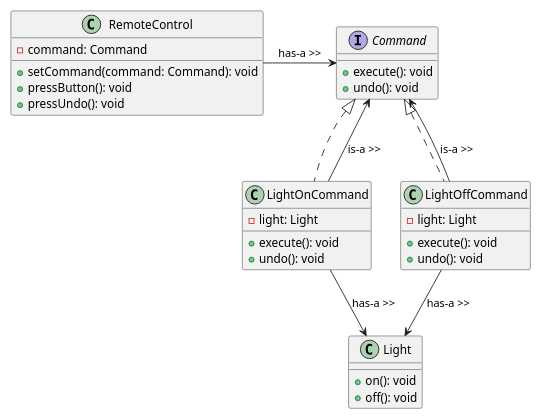
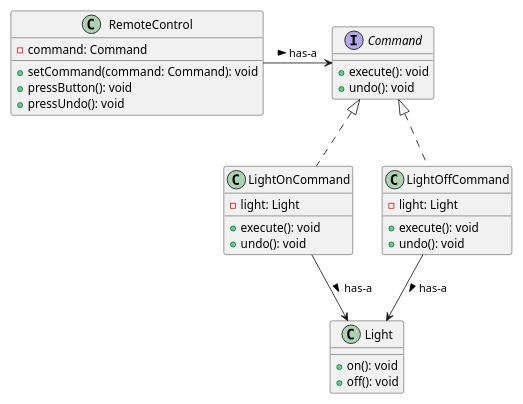
One commit to MC-Spraint/DSA-IN_TS-2024 changed the seventh of 11 diagrams in interview_prep/diagram.md. Above: the diagram before and after it, drawn with PlantUML. The commit also changed other lines of this file and 7 other files, not shown here.

```diff
--- a/interview_prep/diagram.md
+++ b/interview_prep/diagram.md
@@ -227,38 +221,37 @@
 @startuml
 scale 0.8
 
 interface Command {
   + execute(): void
   + undo(): void
 }
 
 class LightOnCommand implements Command {
   - light: Light
   + execute(): void
   + undo(): void
 }
 
 class LightOffCommand implements Command {
   - light: Light
   + execute(): void
   + undo(): void
 }
 
 class Light {
   + on(): void
   + off(): void
 }
 
 class RemoteControl {
   - command: Command
   + setCommand(command: Command): void
   + pressButton(): void
   + pressUndo(): void
 }
 
-Command <-- LightOnCommand : is-a >>
-Command <-- LightOffCommand : is-a >>
-LightOnCommand --> Light : has-a >>
-LightOffCommand --> Light : has-a >>
-RemoteControl -right-> Command : has-a >>
+
+LightOnCommand --> Light : has-a >
+LightOffCommand --> Light : has-a >
+RemoteControl -right-> Command : has-a >
 @enduml
```
